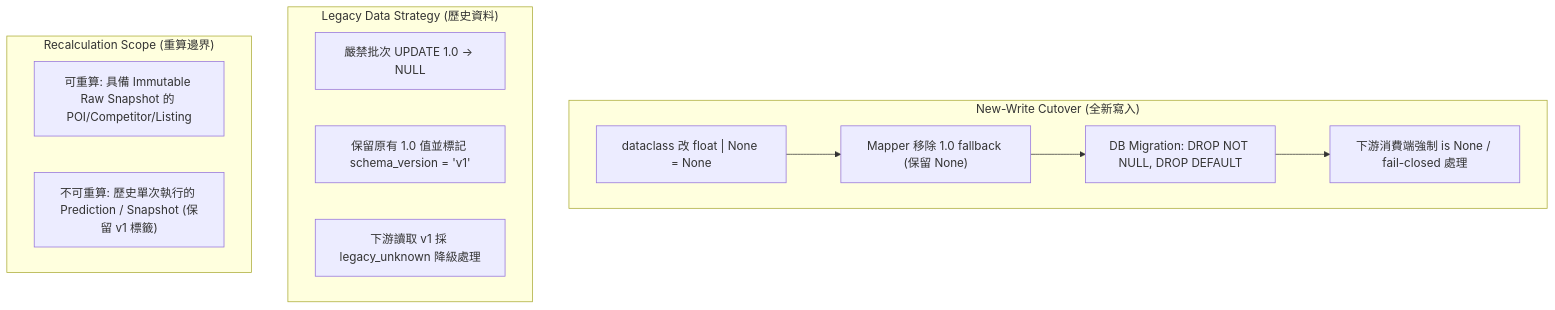
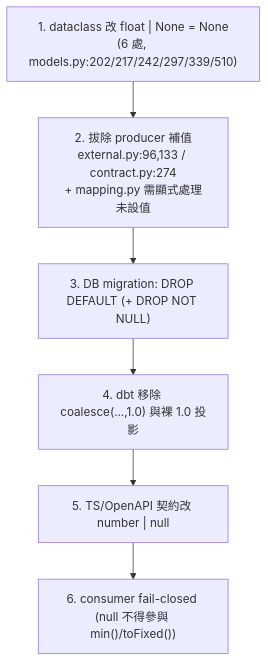
The second of 2 diagrams in docs/evidence/ODP_CANONICAL_MEASUREMENT_LINEAGE_2026-09-03.md (alfloop-dev/odayplus), drawn with Mermaid before and after one commit. The commit also changed other lines of this file, not shown here.

First line of the commit message:
ODP-CANONICAL-LEGACY-LINEAGE-001: give the rates a denominator

````diff
--- a/docs/evidence/ODP_CANONICAL_MEASUREMENT_LINEAGE_2026-09-03.md
+++ b/docs/evidence/ODP_CANONICAL_MEASUREMENT_LINEAGE_2026-09-03.md
@@ -261,19 +359,10 @@
 ```mermaid
 flowchart TD
-    subgraph S_NEW["New-Write Cutover (全新寫入)"]
-        N1["dataclass 改 float | None = None"] --> N2["Mapper 移除 1.0 fallback (保留 None)"]
-        N2 --> N3["DB Migration: DROP NOT NULL, DROP DEFAULT"]
-        N3 --> N4["下游消費端強制 is None / fail-closed 處理"]
-    end
-
-    subgraph S_LEG["Legacy Data Strategy (歷史資料)"]
-        L1["嚴禁批次 UPDATE 1.0 -> NULL"]
-        L2["保留原有 1.0 值並標記 schema_version = 'v1'"]
-        L3["下游讀取 v1 採 legacy_unknown 降級處理"]
-    end
-
-    subgraph S_RECALC["Recalculation Scope (重算邊界)"]
-        R1["可重算: 具備 Immutable Raw Snapshot 的 POI/Competitor/Listing"]
-        R2["不可重算: 歷史單次執行的 Prediction / Snapshot (保留 v1 標籤)"]
-    end
+    N1["1. dataclass 改 float | None = None\n(6 處, models.py:202/217/242/297/339/510)"]
+    N2["2. 拔除 producer 補值\nexternal.py:96,133 / contract.py:274\n+ mapping.py 需顯式處理未設值"]
+    N3["3. DB migration: DROP DEFAULT (+ DROP NOT NULL)"]
+    N4["4. dbt 移除 coalesce(...,1.0) 與裸 1.0 投影"]
+    N5["5. TS/OpenAPI 契約改 number | null"]
+    N6["6. consumer fail-closed (null 不得參與 min()/toFixed())"]
+    N1 --> N2 --> N3 --> N4 --> N5 --> N6
 ```
````
